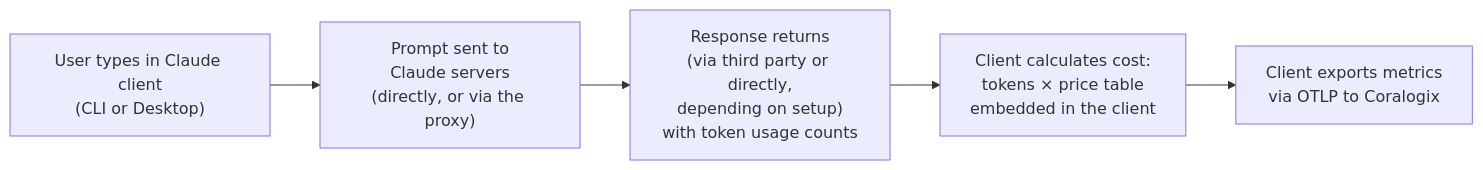
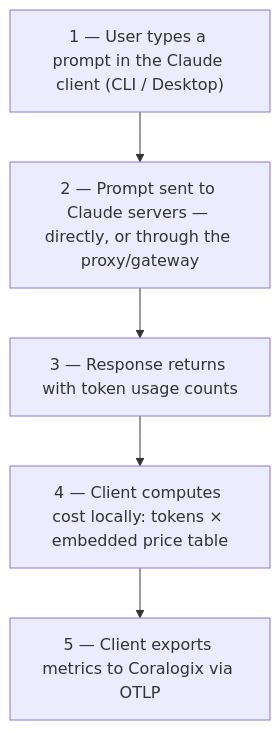
Before and after one commit to coralogix/ai-agent-instrumentation: the diagram in claude-code/PROXIES.md, drawn with Mermaid.

Commit message:
docs: make cost-flow diagram vertical for readable GitHub rendering
The 5-node LR flowchart with multi-line labels was scaled down to a ~180px
strip by GitHub's mermaid renderer. Top-down layout with single-line labels
renders at readable size; the prose below keeps the detail.

````diff
--- a/claude-code/PROXIES.md
+++ b/claude-code/PROXIES.md
@@ -135,7 +135,9 @@
 ```mermaid
-flowchart LR
-    A["User types in Claude client<br/>(CLI or Desktop)"] --> B["Prompt sent to<br/>Claude servers<br/>(directly, or via the proxy)"]
-    B --> C["Response returns<br/>(via third party or directly,<br/>depending on setup)<br/>with token usage counts"]
-    C --> D["Client calculates cost:<br/>tokens × price table<br/>embedded in the client"]
-    D --> E["Client exports metrics<br/>via OTLP to Coralogix"]
+flowchart TD
+    A["1 — User types a prompt in the Claude client (CLI / Desktop)"]
+    B["2 — Prompt sent to Claude servers — directly, or through the proxy/gateway"]
+    C["3 — Response returns with token usage counts"]
+    D["4 — Client computes cost locally: tokens × embedded price table"]
+    E["5 — Client exports metrics to Coralogix via OTLP"]
+    A --> B --> C --> D --> E
 ```
````
